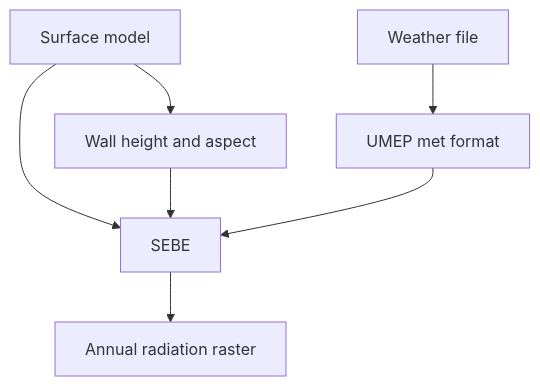
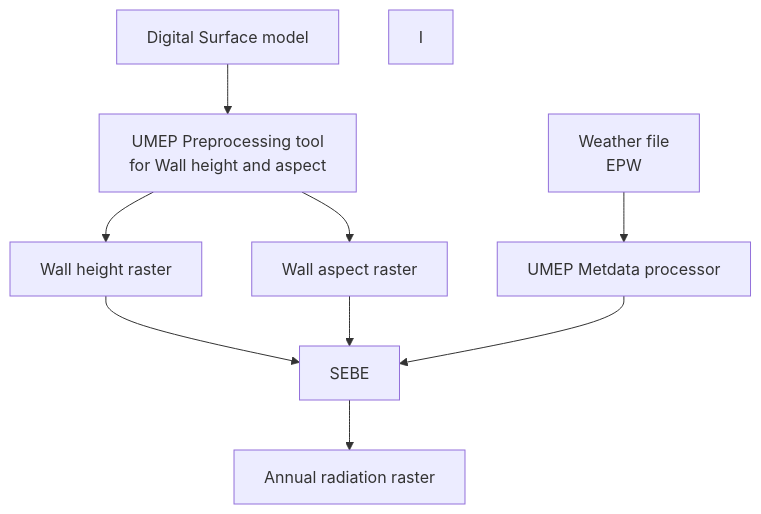
Before and after one commit to University-of-Tasmania-GPSS/AT3_Group1_2026: the third of 4 diagrams in methods.md, drawn with Mermaid.

Commit message:
Update methods.md
Updated SEBE flowchart

````diff
--- a/methods.md
+++ b/methods.md
@@ -264,9 +264,16 @@
 ```{mermaid}
 flowchart TD
-  A[Surface model] --> B[Wall height and aspect]
-  C[Weather file] --> D[UMEP met format]
-  A --> E[SEBE]
+  A[Digital Surface model] --> B[UMEP Preprocessing tool<br> for Wall height and aspect]
+  C[Weather file<br>EPW] --> D[UMEP Metdata processor]
+  E[Wall height raster]
+  F[Wall aspect raster]
+  G[SEBE]
+  H[Annual radiation raster]
+  I
   B --> E
-  D --> E
-  E --> F[Annual radiation raster]
+  B --> F
+  E --> G
+  F --> G
+  D --> G
+  G --> H
 ```
````
